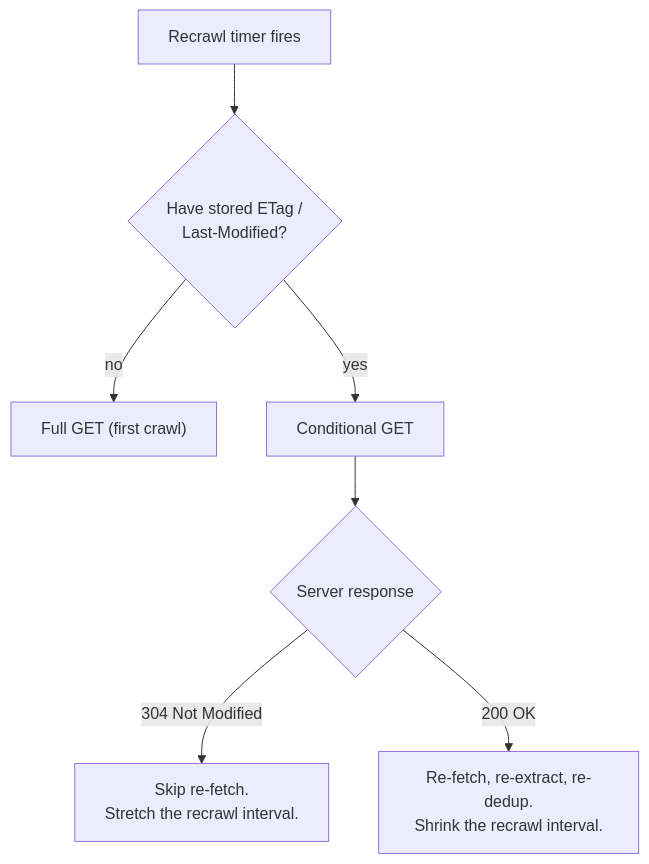
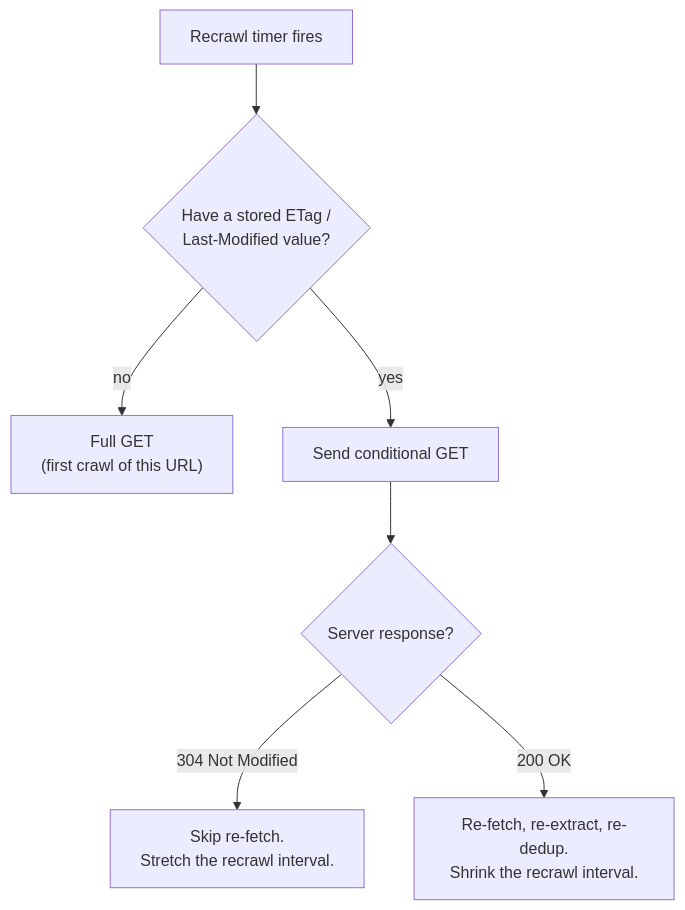
One commit to riyaz-pasha/Learnings changed diagram 11 of 16 in system-design/HLD/0-course/35-Web-Crawler-FAANG-Guide-story.md. Above: the diagram before and after it, drawn with Mermaid. The commit also changed other lines of this file and 5 other files, not shown here.

Commit message:
[REWRITE] Design Newsfeed story guide: simplify prose, add structure, fix diagrams

````diff
--- a/system-design/HLD/0-course/35-Web-Crawler-FAANG-Guide-story.md
+++ b/system-design/HLD/0-course/35-Web-Crawler-FAANG-Guide-story.md
@@ -259,9 +615,9 @@
 ```mermaid
 flowchart TD
-    T["Recrawl timer fires"] --> C{"Have stored ETag /\nLast-Modified?"}
-    C -->|no| Full["Full GET (first crawl)"]
-    C -->|yes| Cond["Conditional GET"]
-    Cond --> R{"Server response"}
-    R -->|"304 Not Modified"| Skip["Skip re-fetch.\nStretch the recrawl interval."]
-    R -->|"200 OK"| Changed["Re-fetch, re-extract, re-dedup.\nShrink the recrawl interval."]
+    T["Recrawl timer fires"] --> C{"Have a stored ETag /<br/>Last-Modified value?"}
+    C -->|no| Full["Full GET<br/>(first crawl of this URL)"]
+    C -->|yes| Cond["Send conditional GET"]
+    Cond --> R{"Server response?"}
+    R -->|"304 Not Modified"| Skip["Skip re-fetch.<br/>Stretch the recrawl interval."]
+    R -->|"200 OK"| Changed["Re-fetch, re-extract, re-dedup.<br/>Shrink the recrawl interval."]
 ```
````
